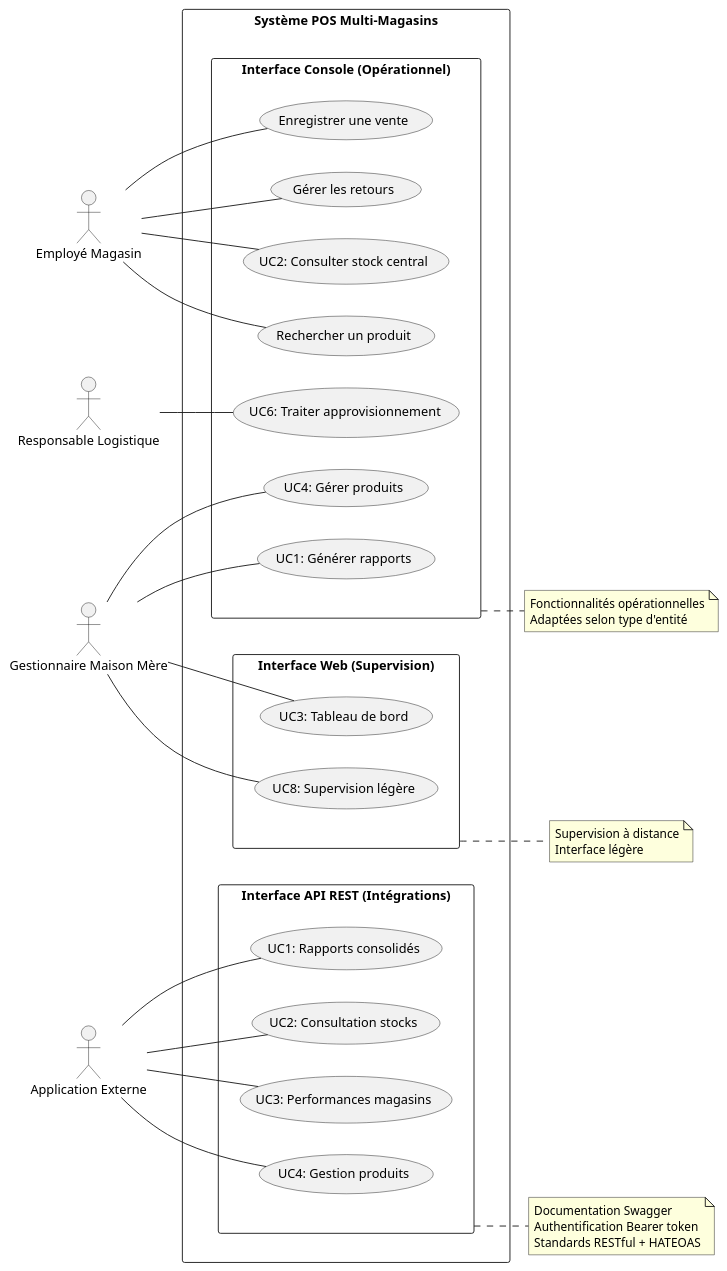
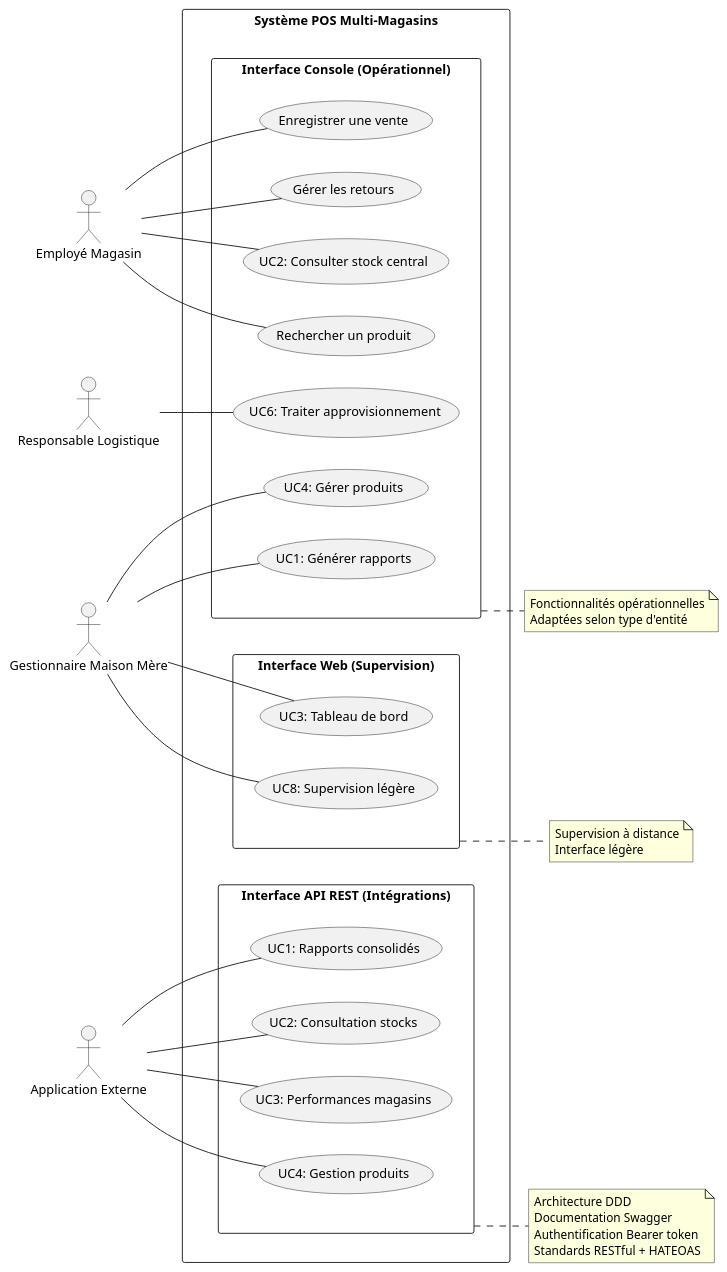
Before and after one commit to MelvinSDRS/log430-lab7-bis: the diagram in docs/uml/cas_utilisation.puml, drawn with PlantUML. The commit also changed 19 other files, not shown here.

```diff
--- a/docs/uml/cas_utilisation.puml
+++ b/docs/uml/cas_utilisation.puml
@@ -1,74 +1,75 @@
 @startuml
 left to right direction
 
 actor "Employé Magasin" as EM
 actor "Responsable Logistique" as RL
 actor "Gestionnaire Maison Mère" as GM
 actor "Application Externe" as AE
 
 rectangle "Système POS Multi-Magasins" {
   
   rectangle "Interface Console (Opérationnel)" as CONSOLE {
     ' UC hérités du Lab 1
     (Rechercher un produit) as UC_RECHERCHE
     (Enregistrer une vente) as UC_VENTE
     (Gérer les retours) as UC_RETOUR
     
     ' UC Lab 2 - Console
     (UC1: Générer rapports) as UC1_CONSOLE
     (UC2: Consulter stock central) as UC2
     (UC4: Gérer produits) as UC4_CONSOLE
     (UC6: Traiter approvisionnement) as UC6
   }
   
   rectangle "Interface Web (Supervision)" as WEB {
     (UC3: Tableau de bord) as UC3_WEB
     (UC8: Supervision légère) as UC8
   }
   
   rectangle "Interface API REST (Intégrations)" as API {
     (UC1: Rapports consolidés) as UC1_API
     (UC2: Consultation stocks) as UC2_API
     (UC3: Performances magasins) as UC3_API
     (UC4: Gestion produits) as UC4_API
   }
   
   ' Relations Console
   EM -- UC_RECHERCHE
   EM -- UC_VENTE
   EM -- UC_RETOUR
   EM -- UC2
   
   RL -- UC6
   
   GM -- UC1_CONSOLE
   GM -- UC4_CONSOLE
   
   ' Relations Web
   GM -- UC3_WEB
   GM -- UC8
   
   ' Relations API REST
   AE -- UC1_API
   AE -- UC2_API
   AE -- UC3_API
   AE -- UC4_API
 }
 
 note right of CONSOLE
   Fonctionnalités opérationnelles
   Adaptées selon type d'entité
 end note
 
 note right of WEB
   Supervision à distance
   Interface légère
 end note
 
 note right of API
+  Architecture DDD
   Documentation Swagger
   Authentification Bearer token
   Standards RESTful + HATEOAS
 end note
 
 @enduml
```
